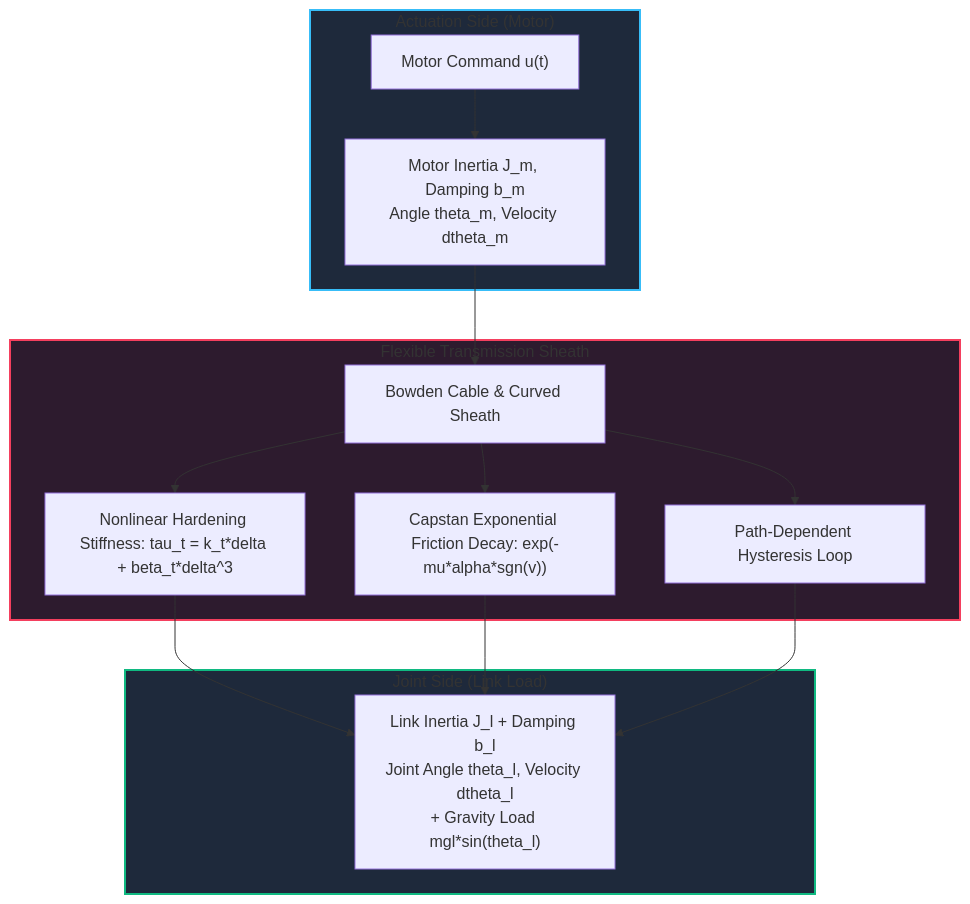
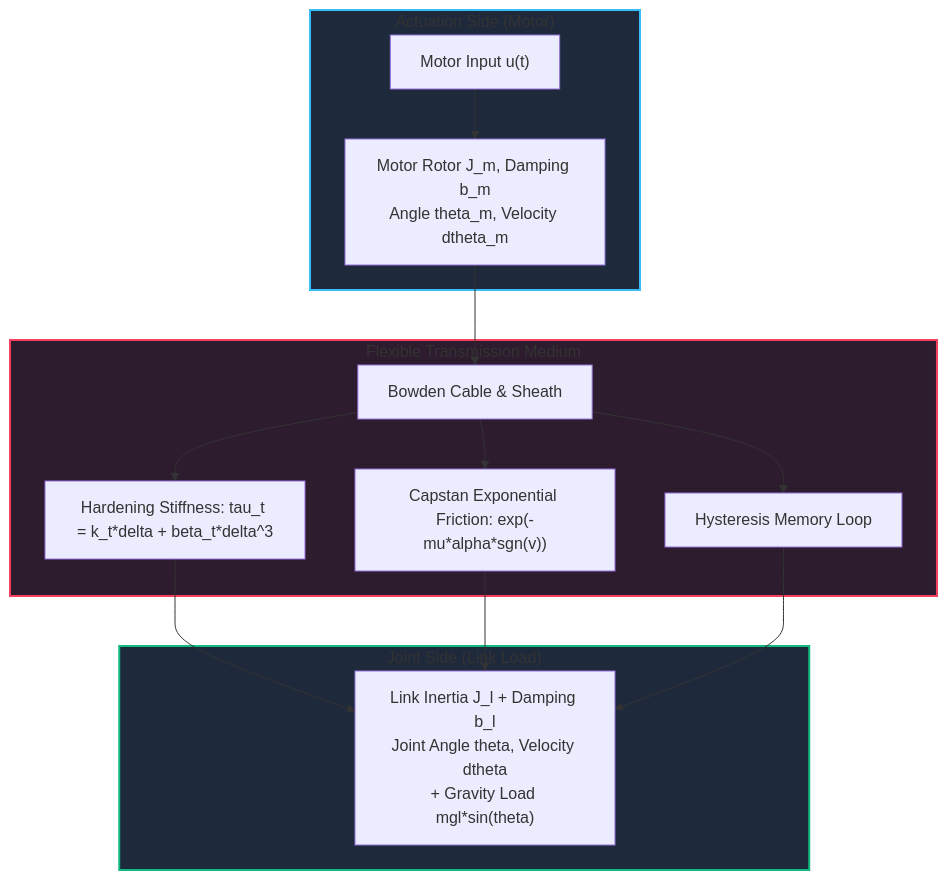
The second of 5 diagrams in TENDON_PAPER_EN.md (fangde/symmetryObserver), drawn with Mermaid before and after one commit. The commit also changed other lines of this file and 8 other files, not shown here.

````diff
--- a/TENDON_PAPER_EN.md
+++ b/TENDON_PAPER_EN.md
@@ -34,21 +78,21 @@
 ```mermaid
 flowchart TD
     subgraph Actuation ["Actuation Side (Motor)"]
-        M["Motor Command u(t)"] --> MotorInertia["Motor Inertia J_m, Damping b_m<br/>Angle theta_m, Velocity dtheta_m"]
+        M["Motor Input u(t)"] --> MotorInertia["Motor Rotor J_m, Damping b_m<br/>Angle theta_m, Velocity dtheta_m"]
     end
     
-    subgraph Transmission ["Flexible Transmission Sheath"]
-        MotorInertia --> Cable["Bowden Cable & Curved Sheath"]
-        Cable --> Nonlin1["Nonlinear Hardening Stiffness: tau_t = k_t*delta + beta_t*delta^3"]
-        Cable --> Nonlin2["Capstan Exponential Friction Decay: exp(-mu*alpha*sgn(v))"]
-        Cable --> Nonlin3["Path-Dependent Hysteresis Loop"]
+    subgraph Transmission ["Flexible Transmission Medium"]
+        MotorInertia --> Cable["Bowden Cable & Sheath"]
+        Cable --> Nonlin1["Hardening Stiffness: tau_t = k_t*delta + beta_t*delta^3"]
+        Cable --> Nonlin2["Capstan Exponential Friction: exp(-mu*alpha*sgn(v))"]
+        Cable --> Nonlin3["Hysteresis Memory Loop"]
     end
     
     subgraph Load ["Joint Side (Link Load)"]
-        Nonlin1 & Nonlin2 & Nonlin3 --> Link["Link Inertia J_l + Damping b_l<br/>Joint Angle theta_l, Velocity dtheta_l<br/>+ Gravity Load mgl*sin(theta_l)"]
+        Nonlin1 & Nonlin2 & Nonlin3 --> Link["Link Inertia J_l + Damping b_l<br/>Joint Angle theta, Velocity dtheta<br/>+ Gravity Load mgl*sin(theta)"]
     end
     
     style Transmission fill:#2d1b2e,stroke:#f43f5e,stroke-width:2px
     style Actuation fill:#1e293b,stroke:#38bdf8,stroke-width:2px
     style Load fill:#1e293b,stroke:#10b981,stroke-width:2px
 ```
````
